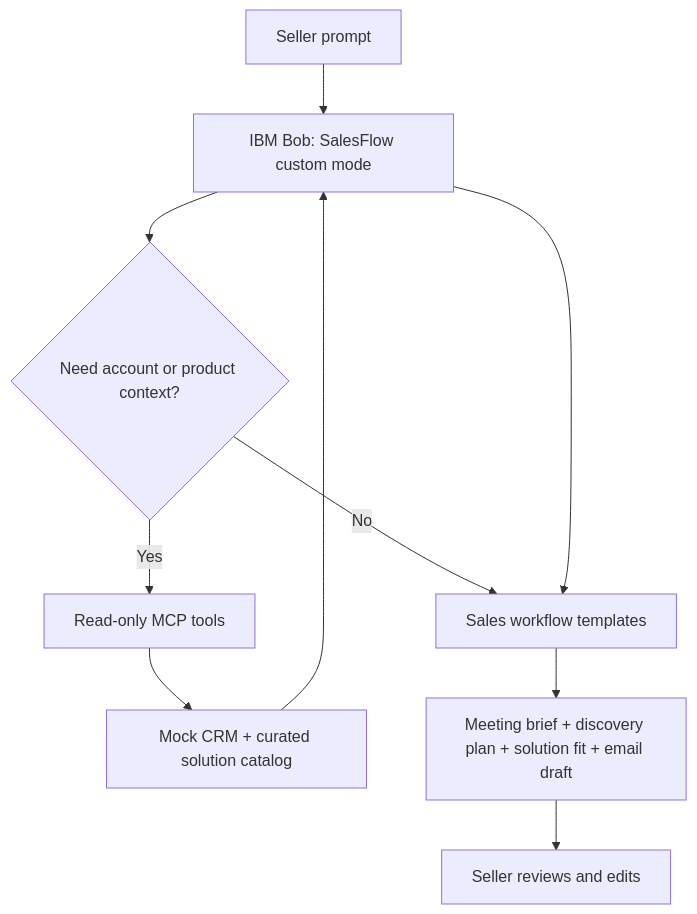
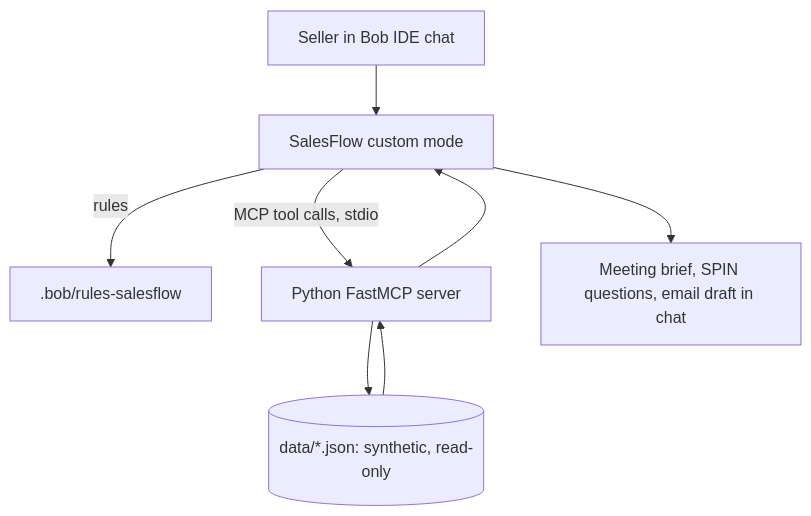
One commit to LuvJacob/SalesFlow changed the diagram in README.md. Above: the diagram before and after it, drawn with Mermaid. The commit also changed other lines of this file and 2 other files, not shown here.

````diff
--- a/README.md
+++ b/README.md
@@ -49,12 +37,10 @@
 ```mermaid
 flowchart TD
-    A[Seller prompt] --> B[IBM Bob: SalesFlow custom mode]
-    B --> C{Need account or product context?}
-    C -->|Yes| D[Read-only MCP tools]
-    D --> E[Mock CRM + curated solution catalog]
-    E --> B
-    C -->|No| F[Sales workflow templates]
-    B --> F
-    F --> G[Meeting brief + discovery plan + solution fit + email draft]
-    G --> H[Seller reviews and edits]
+    A[Seller in Bob IDE chat] --> B[SalesFlow custom mode]
+    B -->|rules| R[.bob/rules-salesflow]
+    B -->|MCP tool calls, stdio| C[Python FastMCP server]
+    C --> D[(data/*.json: synthetic, read-only)]
+    D --> C
+    C --> B
+    B --> E[Meeting brief, SPIN questions, email draft in chat]
 ```
````
